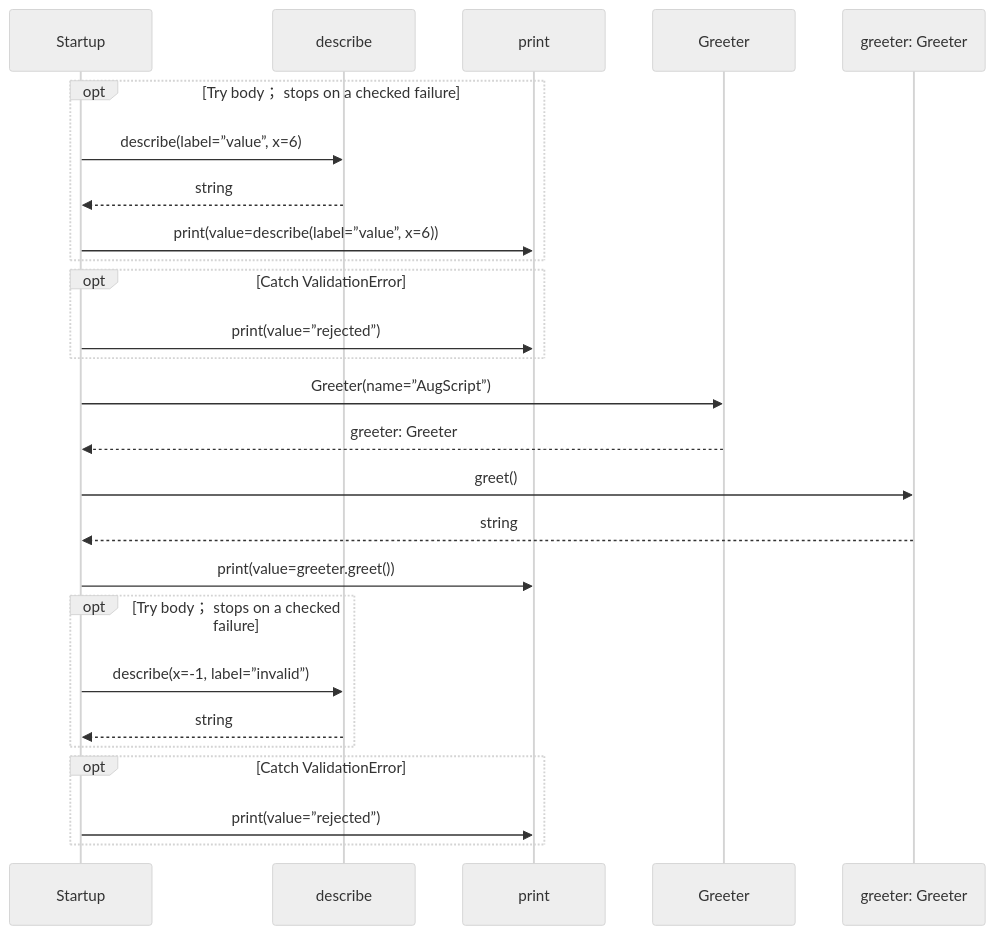
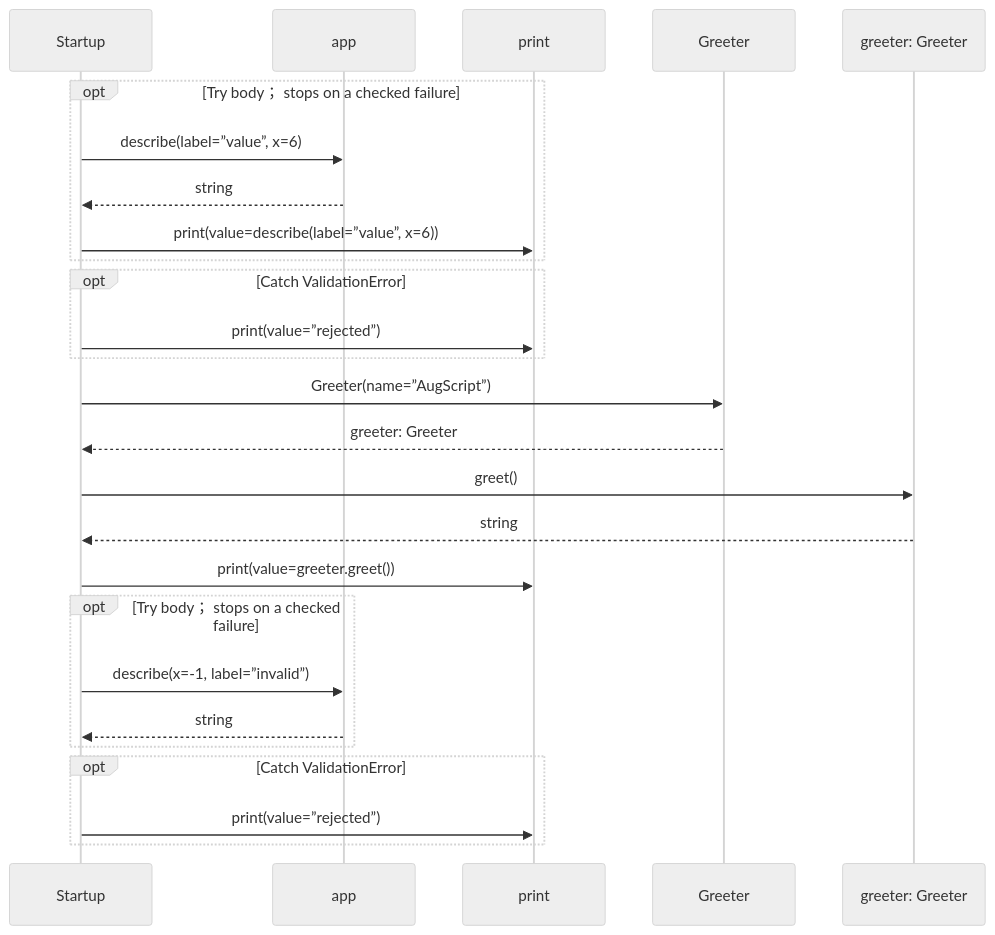
The third of 3 diagrams in docs/examples/interceptors/main-diagrams.md (GreenPandaStudios/augscript), drawn with Mermaid (neutral theme) before and after one commit. The commit also changed 200 other files, not shown here.

Commit message:
Group imported operations and wrap readable sequence messages

````diff
--- a/docs/examples/interceptors/main-diagrams.md
+++ b/docs/examples/interceptors/main-diagrams.md
@@ -53,28 +53,28 @@
 ```mermaid
 sequenceDiagram
     participant p0 as Startup
-    participant p1 as describe
+    participant p1 as app
     participant p2 as print
     participant p3 as Greeter
     participant p4 as greeter: Greeter
     opt Try body； stops on a checked failure
     p0->>p1: describe(label=”value”, x=6)
     p1-->>p0: string
     p0->>p2: print(value=describe(label=”value”, x=6))
     end
     opt Catch ValidationError
     p0->>p2: print(value=”rejected”)
     end
     p0->>p3: Greeter(name=”AugScript”)
     p3-->>p0: greeter: Greeter
     p0->>p4: greet()
     p4-->>p0: string
     p0->>p2: print(value=greeter.greet())
     opt Try body； stops on a checked failure
     p0->>p1: describe(x=-1, label=”invalid”)
     p1-->>p0: string
     end
     opt Catch ValidationError
     p0->>p2: print(value=”rejected”)
     end
 ```
````
